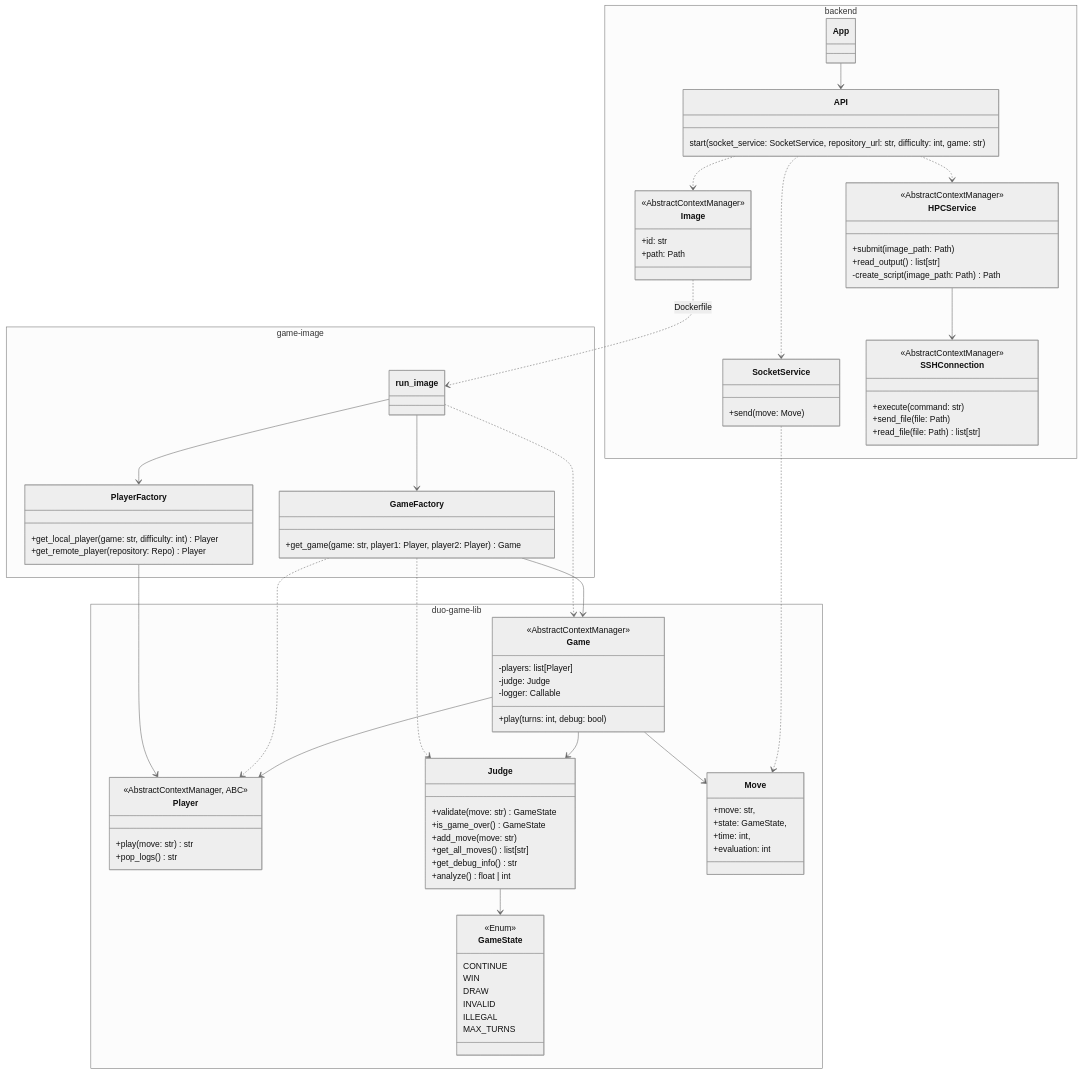
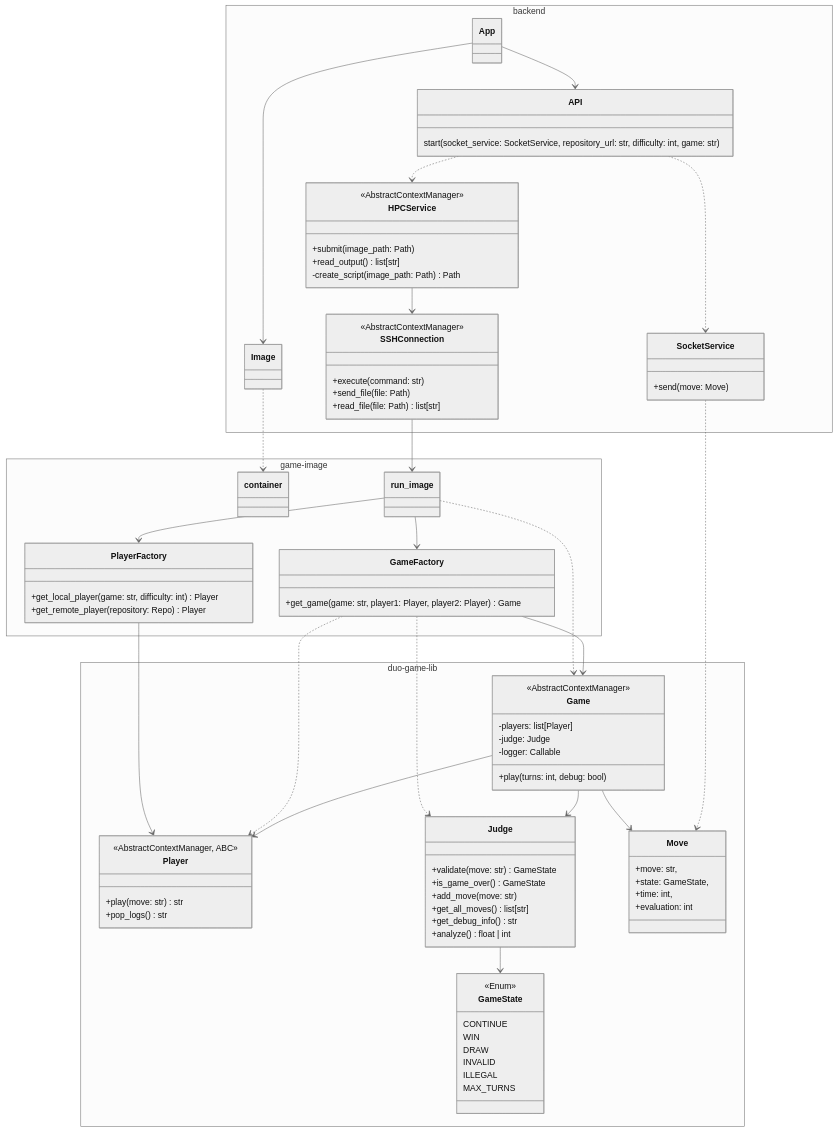
The second of 3 diagrams in docs/architecture.md (game-ai-platform-team/tira-ai-platform), drawn with Mermaid (neutral theme) before and after one commit. The commit also changed other lines of this file, not shown here.

```diff
--- a/docs/architecture.md
+++ b/docs/architecture.md
@@ -81,13 +77,18 @@
 classDiagram
 
 App --> API
+App --> Image
 
 API ..> SocketService
 API ..> HPCService
-API ..> Image
 HPCService --> SSHConnection
 
-Image ..> run_image: Dockerfile
+Image ..> container
+
+
+
+
+SSHConnection --> run_image
 run_image ..> Game
 run_image --> GameFactory
 run_image --> PlayerFactory
@@ -119,9 +120,6 @@
     }
 
     class Image {
-        <<AbstractContextManager>>
-        +id: str
-        +path: Path
     }
 
     class SSHConnection {
@@ -138,6 +136,7 @@
 
 namespace game-image {
     class run_image
+    class container
 
     class GameFactory {
         +get_game(game: str, player1: Player, player2: Player) Game
```
